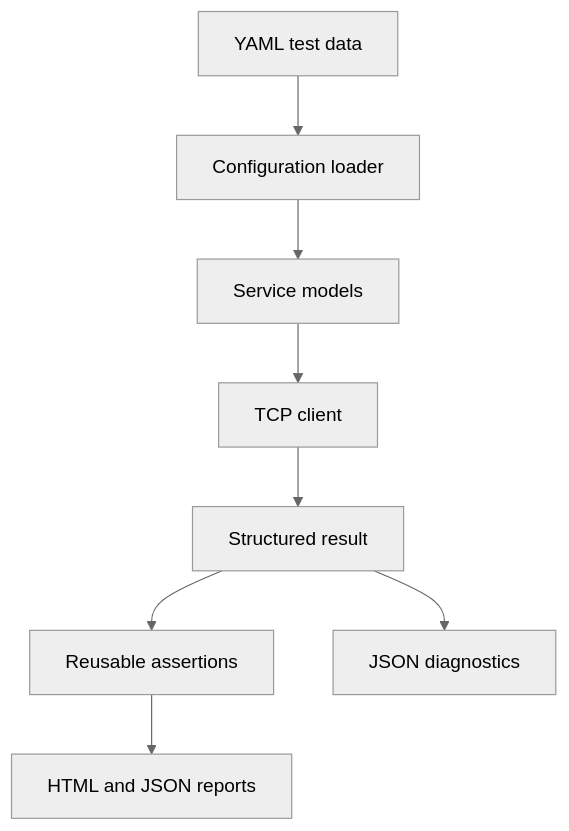
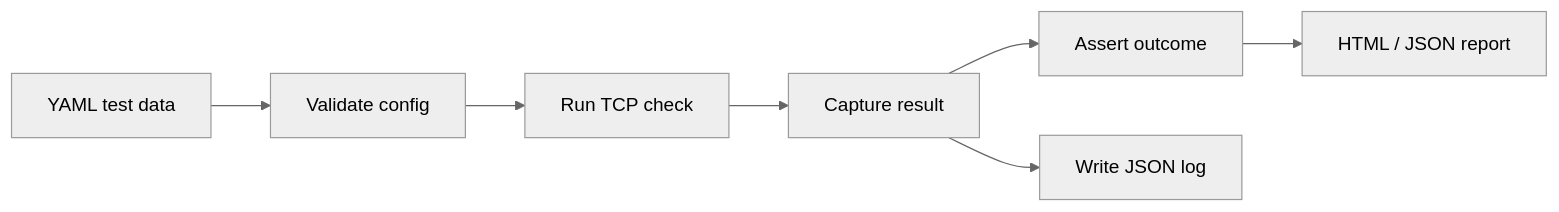
Before and after one commit to Anjalisingh127/network-service-test-framework: the diagram in README.md, drawn with Mermaid (neutral theme). The commit also changed other lines of this file, not shown here.

````diff
--- a/README.md
+++ b/README.md
@@ -37,10 +55,9 @@
 ```mermaid
-flowchart TD
-    A[YAML test data] --> B[Configuration loader]
-    B --> C[Service models]
-    C --> D[TCP client]
-    D --> E[Structured result]
-    E --> F[Reusable assertions]
-    E --> G[JSON diagnostics]
-    F --> H[HTML and JSON reports]
+flowchart LR
+    A["YAML test data"] --> B["Validate config"]
+    B --> C["Run TCP check"]
+    C --> D["Capture result"]
+    D --> E["Assert outcome"]
+    D --> F["Write JSON log"]
+    E --> G["HTML / JSON report"]
 ```
````
